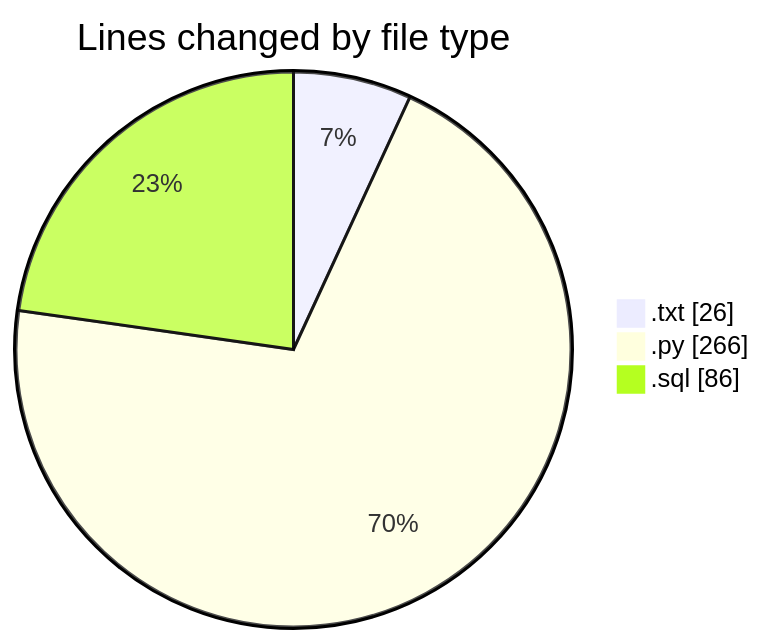
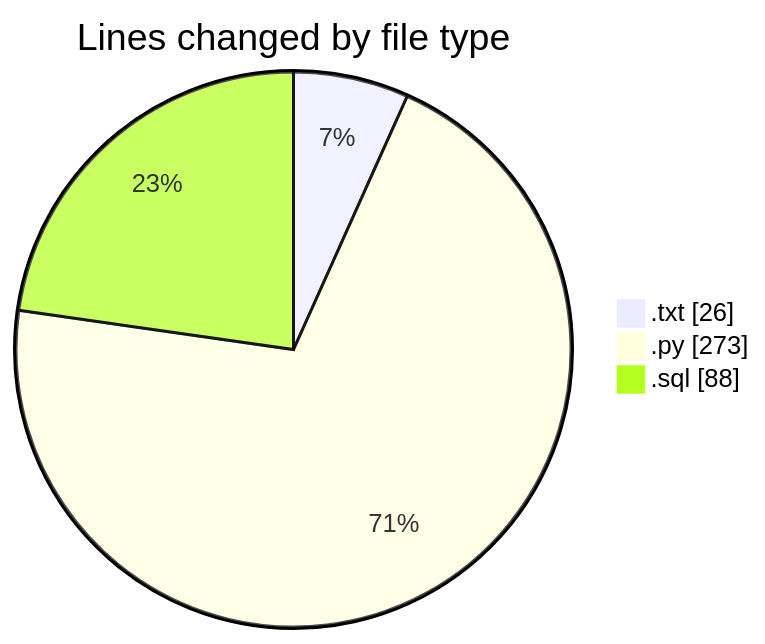
One commit to lephambinh05/code-tracking changed the first of 2 diagrams in 2025-09-12/datanv/README.md. Above: the diagram before and after it, drawn with Mermaid. The commit also changed other lines of this file and 1 other file, not shown here.

````diff
--- a/2025-09-12/datanv/README.md
+++ b/2025-09-12/datanv/README.md
@@ -23,7 +23,7 @@
 ```mermaid
 pie showData
 title Lines changed by file type
 ".txt" : 26
-".py" : 266
-".sql" : 86
+".py" : 273
+".sql" : 88
 ```
````
